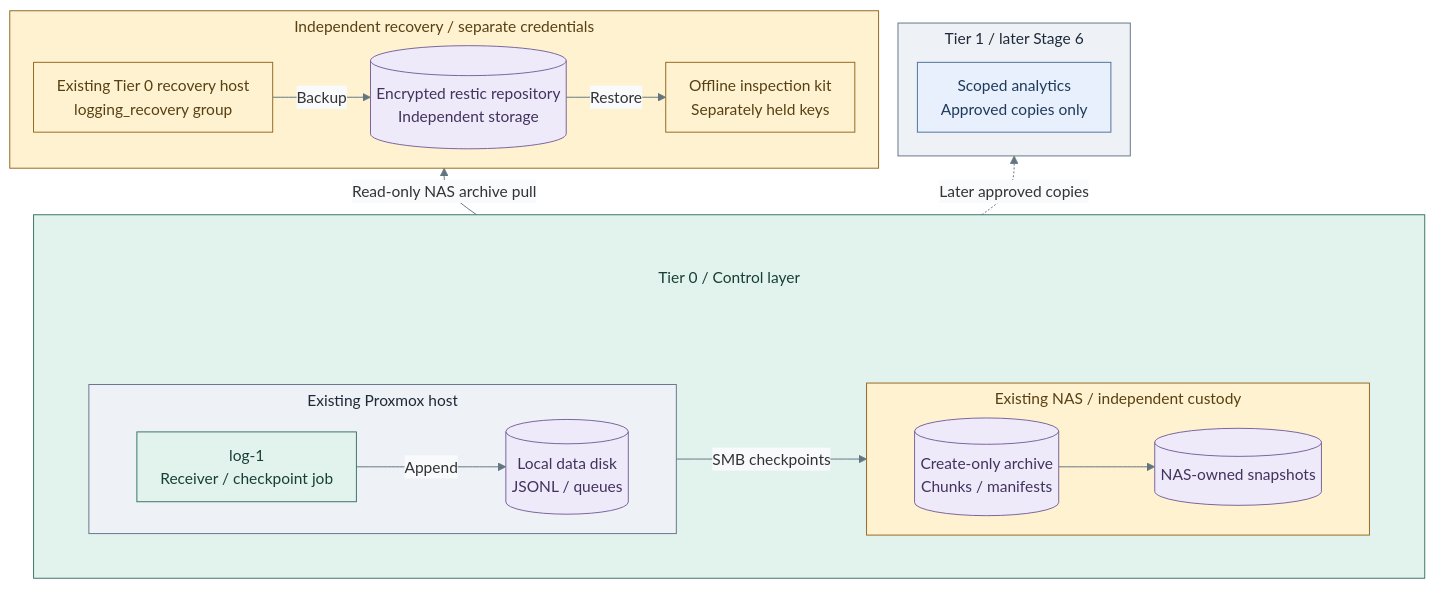
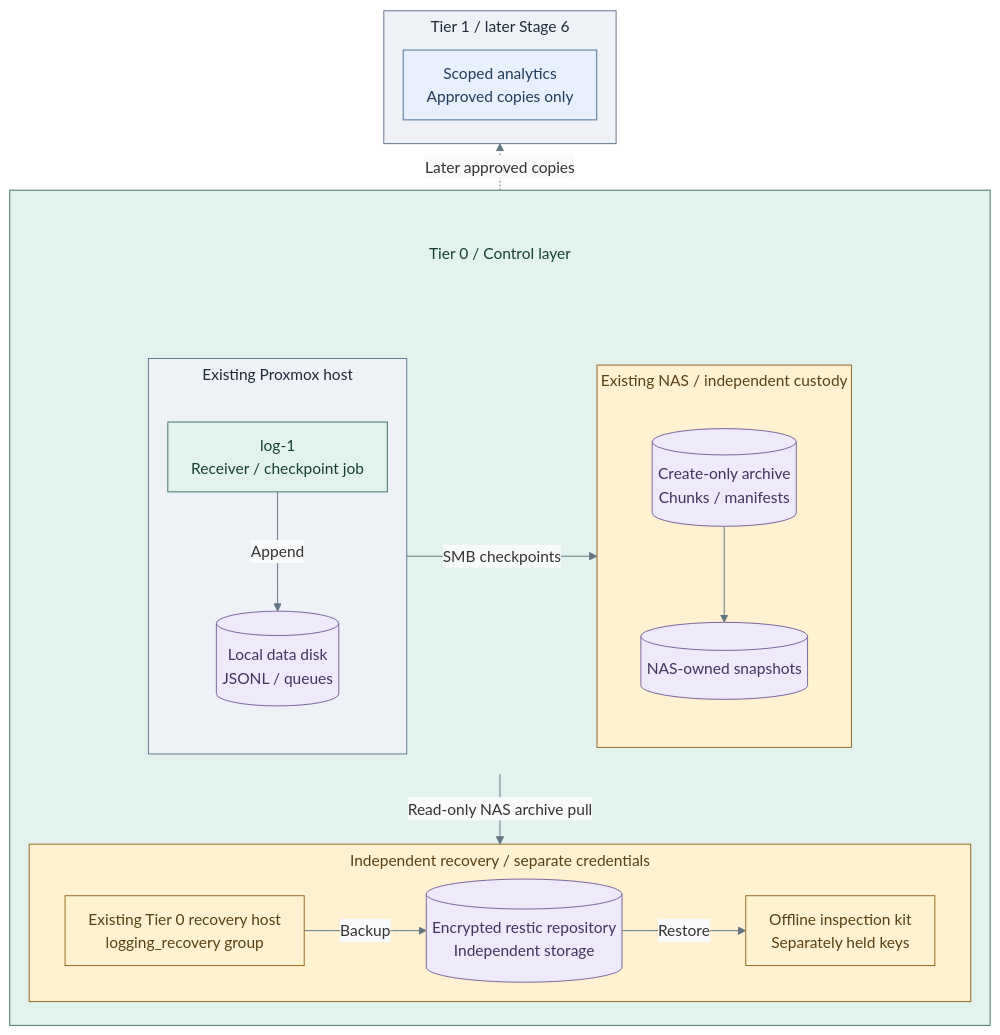
The third of 3 diagrams in docs/deployment/stage-1-logging/README.md (Rexus/homelab), drawn with Mermaid before and after one commit. The commit also changed other lines of this file and 52 other files, not shown here.

````diff
--- a/docs/deployment/stage-1-logging/README.md
+++ b/docs/deployment/stage-1-logging/README.md
@@ -205,51 +207,51 @@
 ```mermaid
 %%{init: {"theme":"base","flowchart":{"nodeSpacing":20,"rankSpacing":24,"padding":12,"subGraphTitleMargin":{"top":4,"bottom":12}},"themeVariables":{"lineColor":"#627581","edgeLabelBackground":"#f8fafc"}}}%%
 flowchart BT
   subgraph T1["Tier 1 / later Stage 6"]
     Search["Scoped analytics<br/>Approved copies only"]
   end
   subgraph T0[" "]
     direction TB
     T0Title["Tier 0 / Control layer"]
     subgraph Placement[" "]
       direction LR
       subgraph PVE["Existing Proxmox host"]
-        direction LR
+        direction TB
         VM["log-1<br/>Receiver / checkpoint job"]
         Records[("Local data disk<br/>JSONL / queues")]
         VM -->|Append| Records
       end
       subgraph NAS["Existing NAS / independent custody"]
-        direction LR
+        direction TB
         Evidence[("Create-only archive<br/>Chunks / manifests")]
         Snapshots[("NAS-owned snapshots")]
         Evidence --> Snapshots
       end
       PVE -->|SMB checkpoints| NAS
     end
+    subgraph Recovery["Independent recovery / separate credentials"]
+      direction LR
+      Backup["Existing Tier 0 recovery host<br/>logging_recovery group"]
+      Copy[("Encrypted restic repository<br/>Independent storage")]
+      Offline["Offline inspection kit<br/>Separately held keys"]
+      Backup -->|Backup| Copy
+      Copy -->|Restore| Offline
+    end
     T0Title ~~~ Placement
+    Placement -->|Read-only NAS archive pull| Recovery
   end
-  subgraph Recovery["Independent recovery / separate credentials"]
-    direction LR
-    Backup["Existing Tier 0 recovery host<br/>logging_recovery group"]
-    Copy[("Encrypted restic repository<br/>Independent storage")]
-    Offline["Offline inspection kit<br/>Separately held keys"]
-    Backup -->|Backup| Copy
-    Copy -->|Restore| Offline
-  end
-  T0 -->|Read-only NAS archive pull| Recovery
   T0 -. "Later approved copies" .-> T1
   classDef default fill:#f8fafc,stroke:#64748b,color:#1f2937
   classDef boundary fill:#eef2f6,stroke:#64748b,color:#1f2937
   classDef control fill:#e2f3ed,stroke:#397366,color:#173f36
   classDef controlHeading fill:#e2f3ed,stroke:#e2f3ed,color:#173f36
   classDef data fill:#eeeafa,stroke:#78639b,color:#42325d
   classDef custody fill:#fff2d1,stroke:#926820,color:#584013
   classDef services fill:#e7f0fc,stroke:#4d719b,color:#203a5b
   class T1,PVE boundary
   class T0,VM control
   class T0Title,Placement controlHeading
   class Records,Evidence,Snapshots,Copy data
   class NAS,Recovery,Backup,Offline custody
   class Search services
 ```
````
